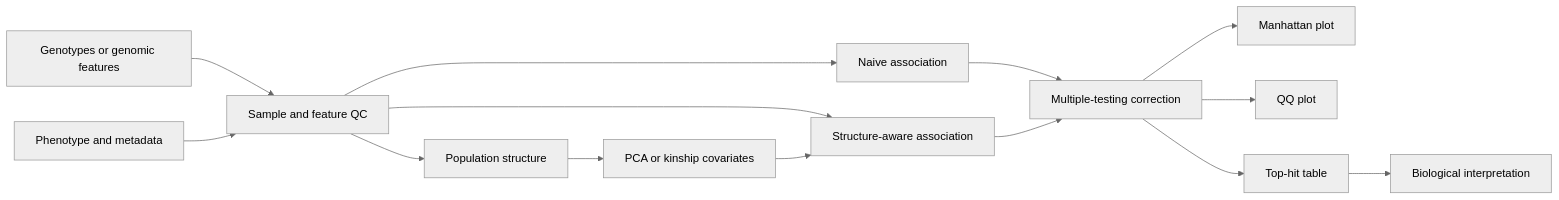
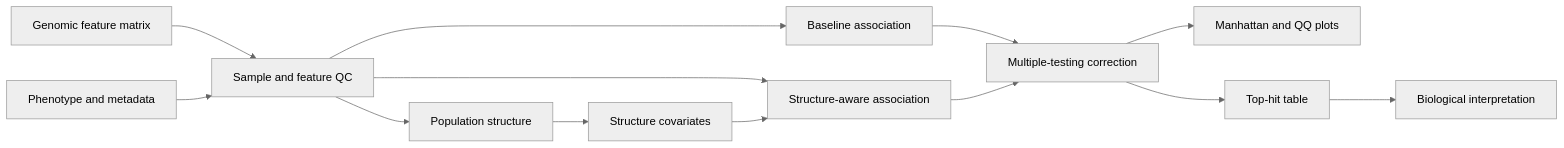
One commit to mbilal-OU/PanGWASFlow changed the diagram in README.md. Above: the diagram before and after it, drawn with Mermaid (neutral theme). The commit also changed other lines of this file and 9 other files, not shown here.

````diff
--- a/README.md
+++ b/README.md
@@ -18,16 +18,15 @@
 ```mermaid
 flowchart LR
-    A[Genotypes or genomic features] --> B[Sample and feature QC]
+    A[Genomic feature matrix] --> B[Sample and feature QC]
     C[Phenotype and metadata] --> B
     B --> D[Population structure]
-    D --> E[PCA or kinship covariates]
-    B --> F[Naive association]
+    D --> E[Structure covariates]
+    B --> F[Baseline association]
     B --> G[Structure-aware association]
     E --> G
     F --> H[Multiple-testing correction]
     G --> H
-    H --> I[Manhattan plot]
-    H --> J[QQ plot]
-    H --> K[Top-hit table]
-    K --> L[Biological interpretation]
+    H --> I[Manhattan and QQ plots]
+    H --> J[Top-hit table]
+    J --> K[Biological interpretation]
 ```
````
